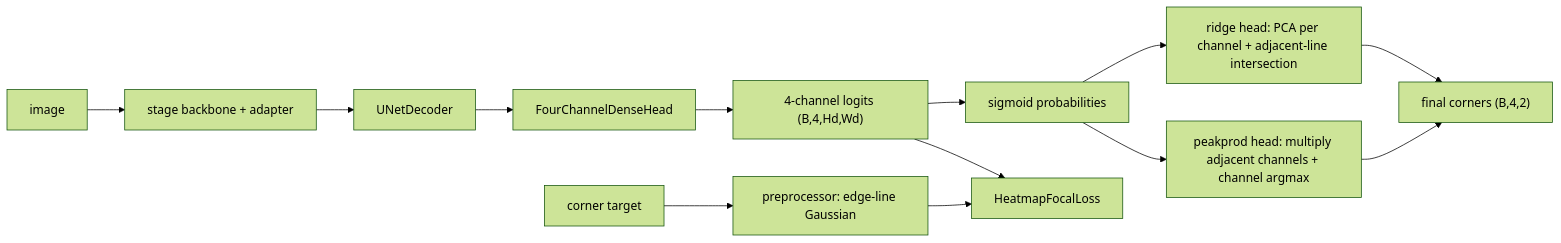
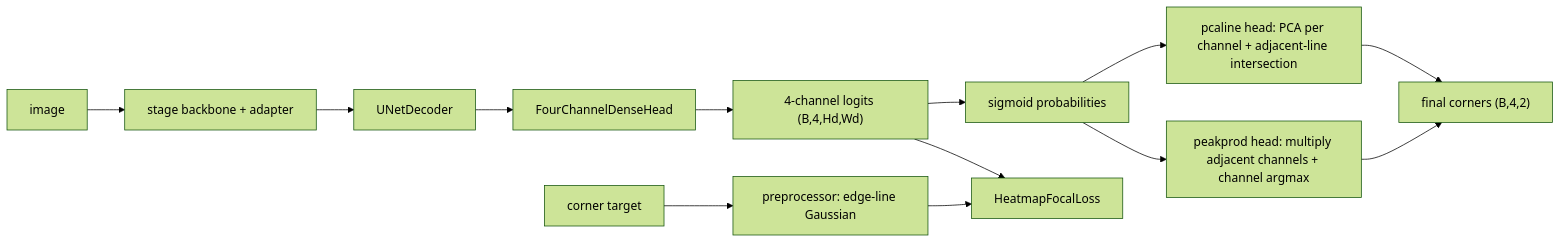
One commit to nampluskr/roi-corner-detection-ver3 changed diagram 11 of 16 in slides/outline.md. Above: the diagram before and after it, drawn with Mermaid (forest theme). The commit also changed other lines of this file and 46 other files, not shown here.

````diff
--- a/slides/outline.md
+++ b/slides/outline.md
@@ -421,15 +430,15 @@
 ```mermaid
 flowchart LR
   A["image"] --> B["stage backbone + adapter"]
   B --> C[UNetDecoder]
   C --> D[FourChannelDenseHead]
   D --> E["4-channel logits (B,4,Hd,Wd)"]
   E --> F[sigmoid probabilities]
-  F --> G["ridge head: PCA per channel + adjacent-line intersection"]
+  F --> G["pcaline head: PCA per channel + adjacent-line intersection"]
   F --> H["peakprod head: multiply adjacent channels + channel argmax"]
   G --> J["final corners (B,4,2)"]
   H --> J
   K["corner target"] --> L["preprocessor: edge-line Gaussian"]
   L --> M[HeatmapFocalLoss]
   E --> M
 ```
````
